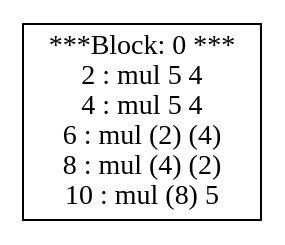
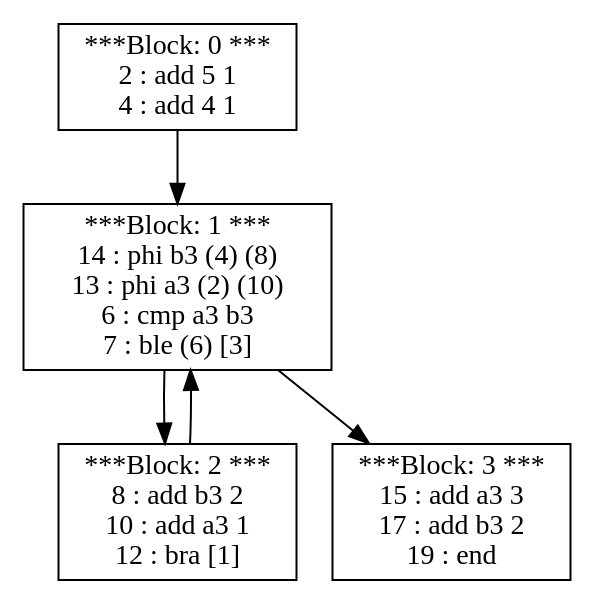
The diagram in src/Display/dotOutput_b4cse.gv (vigneshjathavara/PL241-Compiler), drawn with Graphviz before and after one commit. The commit also changed 18 other files, not shown here.

```diff
--- a/src/Display/dotOutput_b4cse.gv
+++ b/src/Display/dotOutput_b4cse.gv
@@ -1,4 +1,11 @@
 digraph structs {
-0 [shape=record,label="***Block: 0 ***\n2 : mul 5 4 \n4 : mul 5 4 \n6 : mul (2) (4) \n8 : mul (4) (2) \n10 : mul (8) 5 \n"]
+0 [shape=record,label="***Block: 0 ***\n2 : add 5 1 \n4 : add 4 1 \n"]
+1 [shape=record,label="***Block: 1 ***\n14 : phi b3 (4) (8) \n13 : phi a3 (2) (10) \n6 : cmp a3 b3 \n7 : ble (6) [3]\n"]
+2 [shape=record,label="***Block: 2 ***\n8 : add b3 2 \n10 : add a3 1 \n12 : bra [1]\n"]
+3 [shape=record,label="***Block: 3 ***\n15 : add a3 3 \n17 : add b3 2 \n19 : end \n"]
+0 -> 1;
+1 -> 2;
+2 -> 1;
+1 -> 3;
 
 }
```
